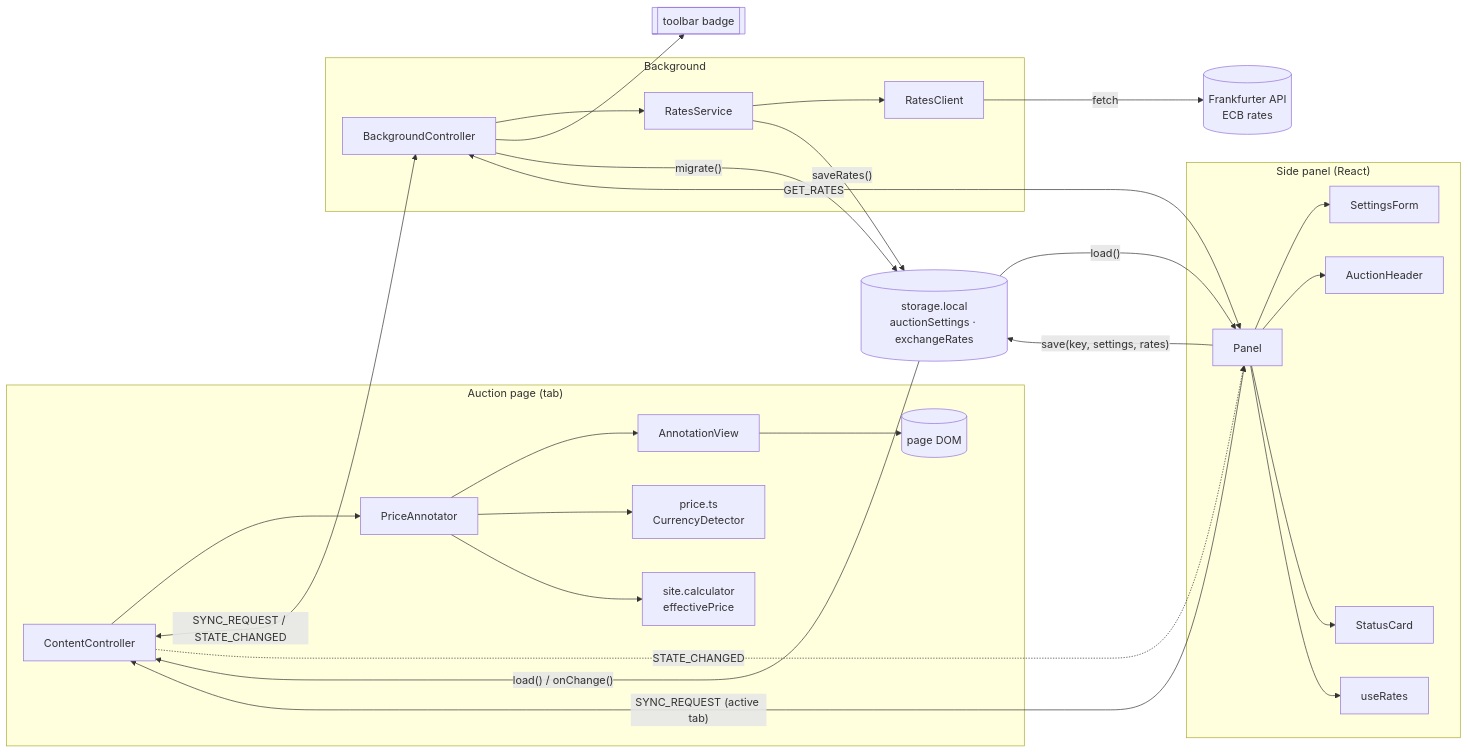
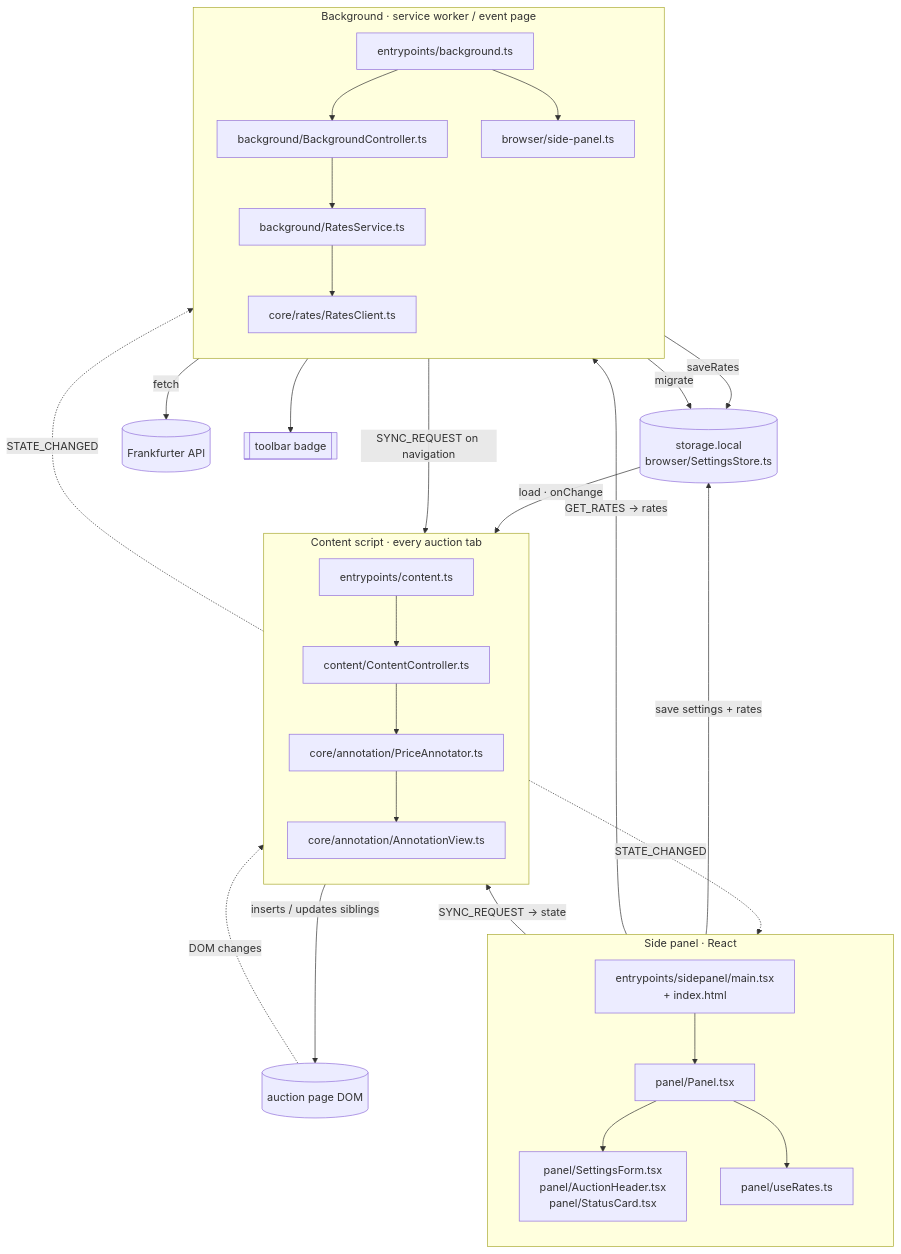
The second of 8 diagrams in docs/architecture.md (radyak/minerva-browserplugin), drawn with Mermaid before and after one commit. The commit also changed other lines of this file and 5 other files, not shown here.

````diff
--- a/docs/architecture.md
+++ b/docs/architecture.md
@@ -58,44 +60,54 @@
 ```mermaid
-flowchart LR
-  subgraph page["Auction page (tab)"]
-    DOM[("page DOM")]
-    CC["ContentController"]
-    PA["PriceAnnotator"]
-    AV["AnnotationView"]
-    CC --> PA --> AV --> DOM
-    PA --> PRICE["price.ts<br/>CurrencyDetector"]
-    PA --> CALC["site.calculator<br/>effectivePrice"]
+flowchart TB
+  PAGE[("auction page DOM")]
+
+  subgraph tab["Content script · every auction tab"]
+    direction TB
+    content["entrypoints/content.ts"]
+    CC["content/ContentController.ts"]
+    PA["core/annotation/PriceAnnotator.ts"]
+    AV["core/annotation/AnnotationView.ts"]
+    content --> CC --> PA --> AV
   end
 
-  subgraph bg["Background"]
-    BC["BackgroundController"]
-    RS["RatesService"]
-    RC["RatesClient"]
-    BC --> RS --> RC
+  subgraph panel["Side panel · React"]
+    direction TB
+    main["entrypoints/sidepanel/main.tsx<br/>+ index.html"]
+    Panel["panel/Panel.tsx"]
+    views["panel/SettingsForm.tsx<br/>panel/AuctionHeader.tsx<br/>panel/StatusCard.tsx"]
+    UR["panel/useRates.ts"]
+    main --> Panel --> views
+    Panel --> UR
   end
 
-  subgraph panel["Side panel (React)"]
-    PC["Panel"]
-    SF["SettingsForm"]
-    AH["AuctionHeader"]
-    SC["StatusCard"]
-    UR["useRates"]
-    PC --> SF & AH & SC & UR
+  subgraph bg["Background · service worker / event page"]
+    direction TB
+    background["entrypoints/background.ts"]
+    BC["background/BackgroundController.ts"]
+    RS["background/RatesService.ts"]
+    RC["core/rates/RatesClient.ts"]
+    side["browser/side-panel.ts"]
+    background --> BC --> RS --> RC
+    background --> side
   end
 
-  STORE[("storage.local<br/>auctionSettings · exchangeRates")]
-  API[("Frankfurter API<br/>ECB rates")]
+  LOCAL[("storage.local<br/>browser/SettingsStore.ts")]
+  API[("Frankfurter API")]
   BADGE[["toolbar badge"]]
 
+  AV -->|"inserts / updates siblings"| PAGE
+  PAGE -.->|"DOM changes"| CC
+
+  Panel -->|"SYNC_REQUEST → state"| CC
+  CC -.->|"STATE_CHANGED"| Panel
+  CC -.->|"STATE_CHANGED"| BC
+  BC -->|"SYNC_REQUEST on navigation"| CC
+  UR -->|"GET_RATES → rates"| BC
+
+  Panel -->|"save settings + rates"| LOCAL
+  LOCAL -->|"load · onChange"| CC
+  RS -->|"saveRates"| LOCAL
+  BC -->|"migrate"| LOCAL
   RC -->|fetch| API
   BC --> BADGE
-  CC <-->|"SYNC_REQUEST / STATE_CHANGED"| BC
-  PC <-->|"SYNC_REQUEST (active tab)"| CC
-  CC -.->|STATE_CHANGED| PC
-  PC <-->|GET_RATES| BC
-  PC -->|"save(key, settings, rates)"| STORE
-  RS -->|"saveRates()"| STORE
-  STORE -->|"load() / onChange()"| CC
-  STORE -->|"load()"| PC
-  BC -->|"migrate()"| STORE
 ```
````
